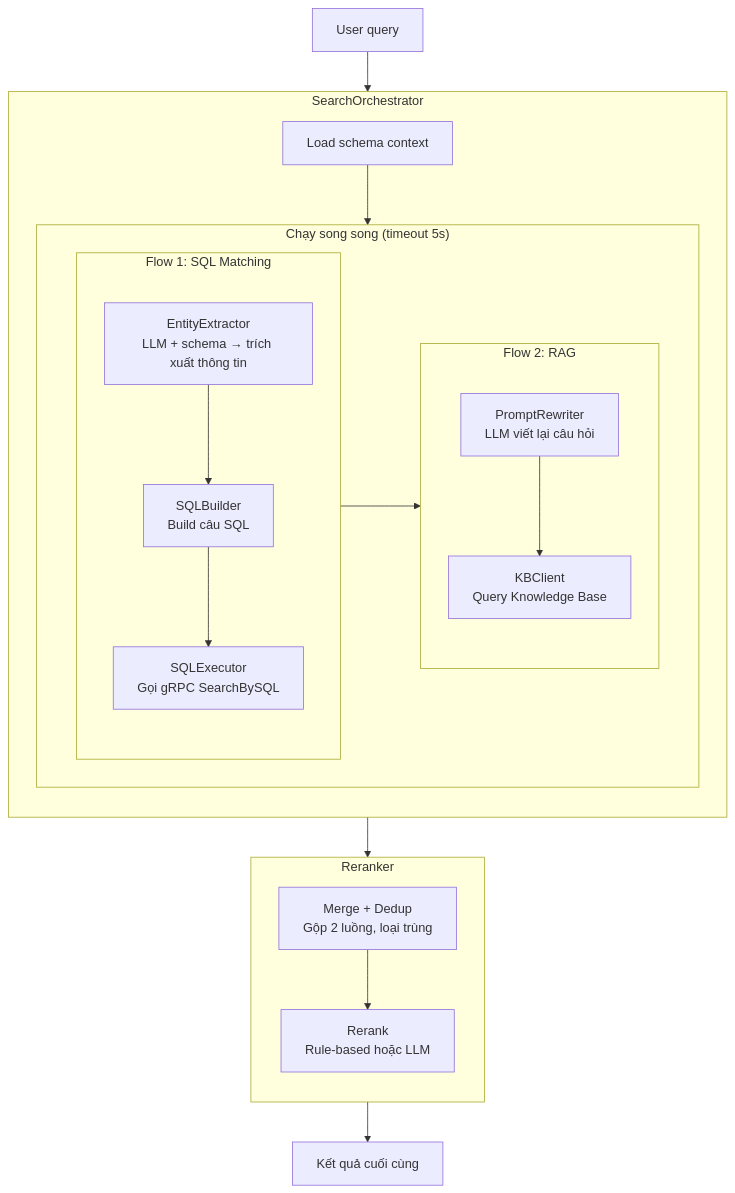
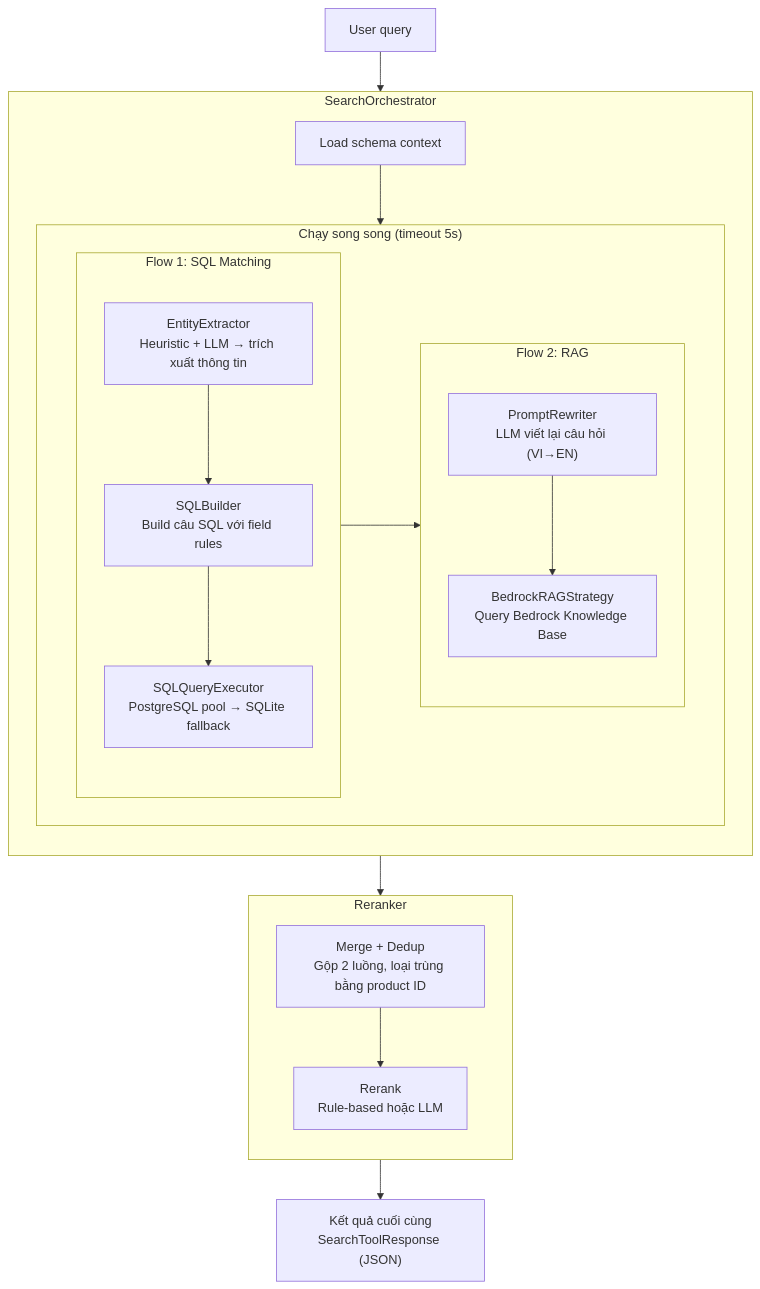
One commit to DangThao195/AIO02_TF3_Phase3 changed the second of 2 diagrams in AIE2/shopping-copilot/docs/design/search_design.md. Above: the diagram before and after it, drawn with Mermaid. The commit also changed other lines of this file and 35 other files, not shown here.

````diff
--- a/AIE2/shopping-copilot/docs/design/search_design.md
+++ b/AIE2/shopping-copilot/docs/design/search_design.md
@@ -74,39 +75,39 @@
 ```mermaid
 flowchart TB
     Q["User query"] --> O
 
     subgraph O["SearchOrchestrator"]
         direction TB
         O1["Load schema context"] --> O2
-    
+
         subgraph O2["Chạy song song (timeout 5s)"]
             F1 --> F2
         end
-    
+
         subgraph F1["Flow 1: SQL Matching"]
             direction TB
-            F1a["EntityExtractor<br/>LLM + schema → trích xuất thông tin"] 
-            F1b["SQLBuilder<br/>Build câu SQL"]
-            F1c["SQLExecutor<br/>Gọi gRPC SearchBySQL"]
+            F1a["EntityExtractor<br/>Heuristic + LLM → trích xuất thông tin"]
+            F1b["SQLBuilder<br/>Build câu SQL với field rules"]
+            F1c["SQLQueryExecutor<br/>PostgreSQL pool → SQLite fallback"]
             F1a --> F1b --> F1c
         end
-    
+
         subgraph F2["Flow 2: RAG"]
             direction TB
-            F2a["PromptRewriter<br/>LLM viết lại câu hỏi"]
-            F2b["KBClient<br/>Query Knowledge Base"]
+            F2a["PromptRewriter<br/>LLM viết lại câu hỏi (VI→EN)"]
+            F2b["BedrockRAGStrategy<br/>Query Bedrock Knowledge Base"]
             F2a --> F2b
         end
     end
 
     O --> R
 
     subgraph R["Reranker"]
         direction TB
-        R1["Merge + Dedup<br/>Gộp 2 luồng, loại trùng"]
+        R1["Merge + Dedup<br/>Gộp 2 luồng, loại trùng bằng product ID"]
         R2["Rerank<br/>Rule-based hoặc LLM"]
         R1 --> R2
     end
 
-    R --> out["Kết quả cuối cùng"]
+    R --> out["Kết quả cuối cùng<br/>SearchToolResponse (JSON)"]
 ```
````
